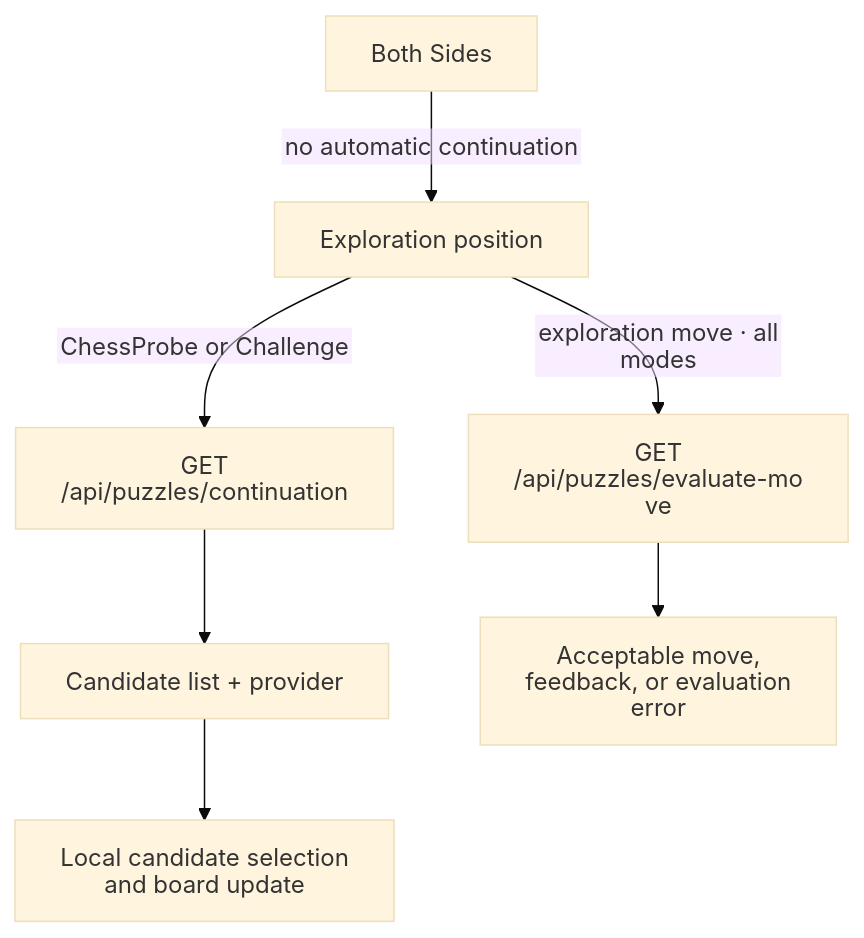
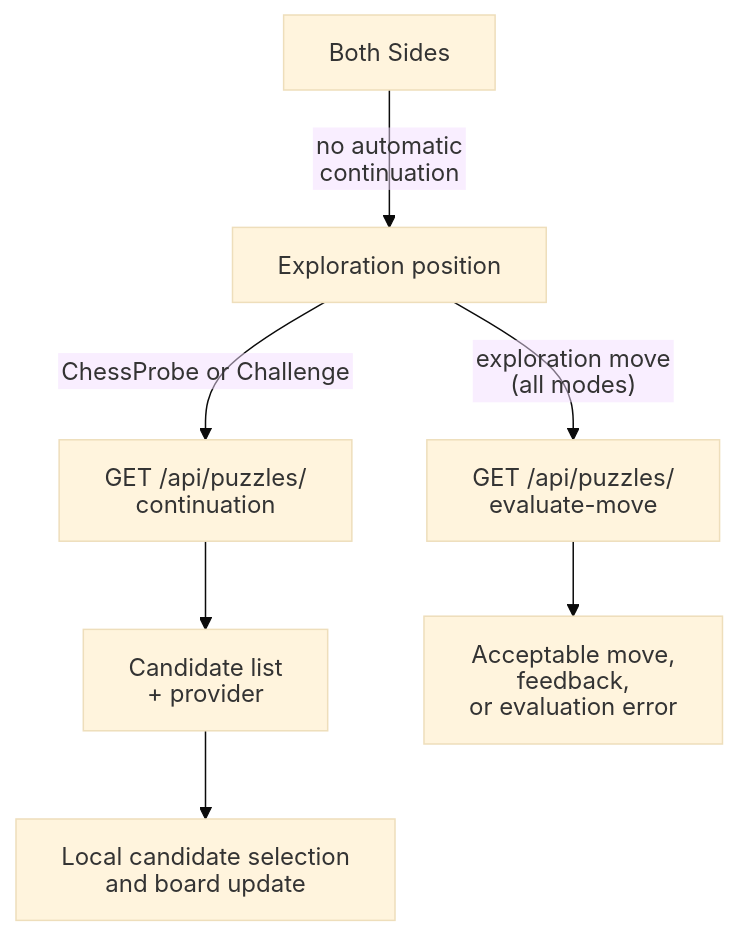
The fifth of 5 diagrams in docs/architecture/frontend.md (NathanZK/ChessEcho), drawn with Mermaid (base theme) before and after one commit. The commit also changed other lines of this file and 13 other files, not shown here.

Commit message:
docs(architecture): reconcile ChessProbe documentation architecture, system topology, API contract, and testing specifications (#785)

````diff
--- a/docs/architecture/frontend.md
+++ b/docs/architecture/frontend.md
@@ -366,10 +367,10 @@
 ```mermaid
 %%{init: {"htmlLabels": false, "flowchart": {"htmlLabels": false}}}%%
 flowchart TB
-  explore["Exploration position"] -->|"ChessProbe or Challenge"| continuation["GET /api/puzzles/continuation"]
-  continuation --> candidates["Candidate list + provider"]
-  candidates --> board["Local candidate selection and board update"]
-  explore -->|"exploration move · all modes"| evaluate["GET /api/puzzles/evaluate-move"]
-  evaluate --> outcome["Acceptable move, feedback, or evaluation error"]
-  bothSides["Both Sides"] -->|"no automatic continuation"| explore
+  explore["Exploration position"] -->|"ChessProbe or Challenge"| continuation["GET /api/puzzles/<br/>continuation"]
+  continuation --> candidates["Candidate list<br/>+ provider"]
+  candidates --> board["Local candidate selection<br/>and board update"]
+  explore -->|"exploration move<br/>(all modes)"| evaluate["GET /api/puzzles/<br/>evaluate-move"]
+  evaluate --> outcome["Acceptable move, feedback,<br/>or evaluation error"]
+  bothSides["Both Sides"] -->|"no automatic<br/>continuation"| explore
 ```
````
